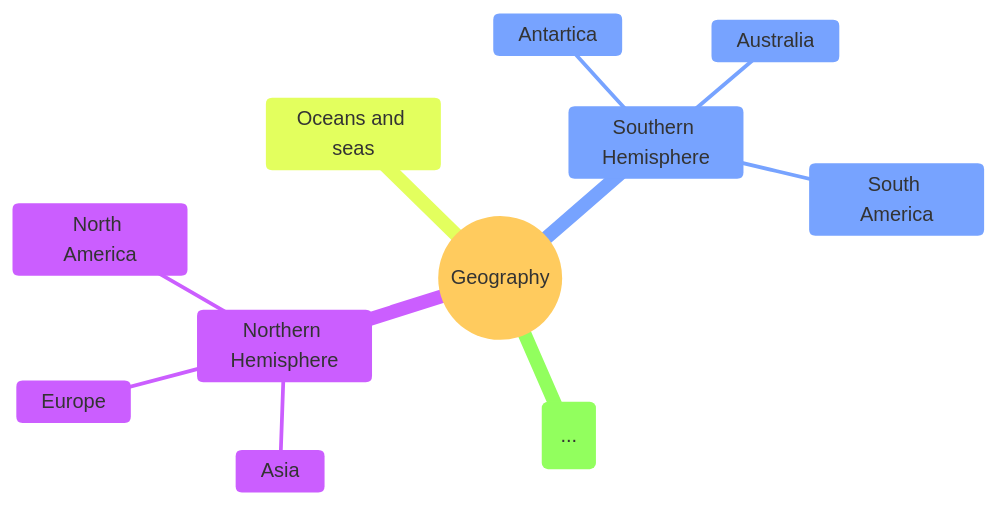
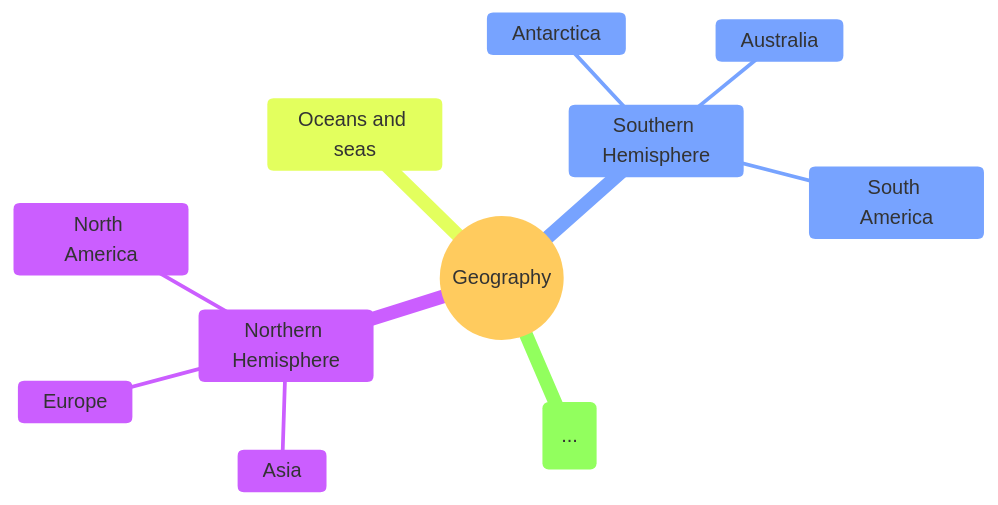
Diagram 11 of 18 in docs/full_taxonomy.md (nimbinatus/taxonomy), drawn with Mermaid before and after one commit. The commit also changed other lines of this file, not shown here.

````diff
--- a/docs/full_taxonomy.md
+++ b/docs/full_taxonomy.md
@@ -524,22 +634,22 @@
 ```mermaid
 ---
 title: Geography
 config:
     fontSize: 8
     theme: base
     mindmap:
         maxNodeWidth: 100
 ---
 mindmap
     root((Geography))
         Northern Hemisphere
             Asia
             Europe
             North America
         Southern Hemisphere
-            Antartica
+            Antarctica
             Australia
             South America
         Oceans and seas
         id(...)
 ```
````
